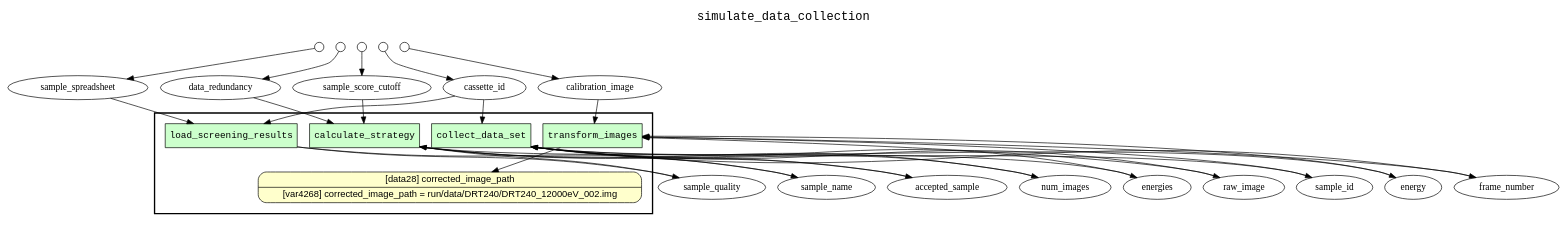
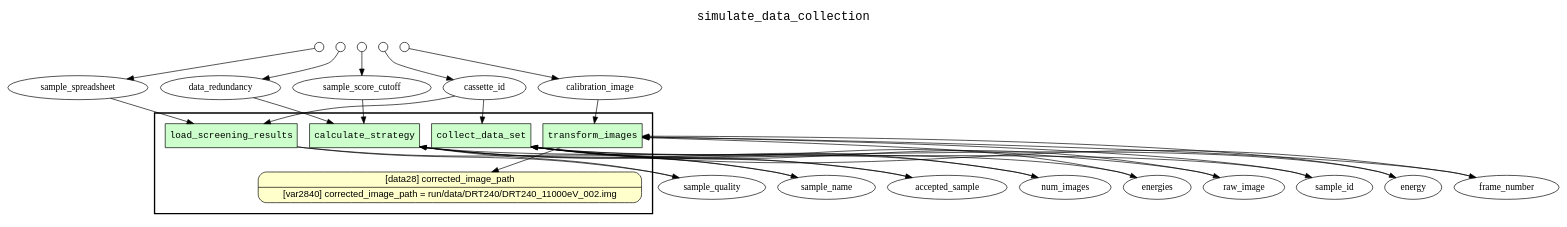
The diagram in examples/simulate_data_collection/yw_nw_retrospective_lineage.gv (yesworkflow-org/yw-noworkflow), drawn with Graphviz before and after one commit. The commit also changed 26 other files, not shown here.

Commit message:
Retrospective lineage graph now correct when variable dependencies are by assignment.

```diff
--- a/examples/simulate_data_collection/yw_nw_retrospective_lineage.gv
+++ b/examples/simulate_data_collection/yw_nw_retrospective_lineage.gv
@@ -1,60 +1,62 @@
 
 digraph yw_data_view {
 rankdir=TB
 fontname=Courier; fontsize=18; labelloc=t
 label="simulate_data_collection"
 subgraph cluster_workflow { label=""; color=black; penwidth=2
 subgraph cluster_workflow_inner { label=""; color=white
 node[shape=box style="filled" fillcolor="#CCFFCC" peripheries=1 fontname=Courier]
 load_screening_results
 calculate_strategy
 collect_data_set
 transform_images
 node[shape=box style="filled" fillcolor="#CCFFCC" peripheries=1 fontname=Courier]
 node[shape=box style="rounded,filled" fillcolor="#FFFFCC" peripheries=1 fontname=Helvetica]
-corrected_image_path [shape=record rankdir=LR label="{<f0> [data28] corrected_image_path |<f1> [var4268] corrected_image_path = run/data/DRT240/DRT240_12000eV_002.img}"]
+corrected_image_path [shape=record rankdir=LR label="{<f0> [data28] corrected_image_path |<f1> [var2842] corrected_image_path = run/data/DRT240/DRT240_11000eV_002.img}"]
+corrected_image_path [shape=record rankdir=LR label="{<f0> [data28] corrected_image_path |<f1> [var2840] corrected_image_path = run/data/DRT240/DRT240_11000eV_002.img}"]
+node[shape=box style="rounded,filled" fillcolor="#FFFFFF" peripheries=1 fontname=Helvetica]
 }}
 subgraph cluster_inflows { label=""; color=white; penwidth=2
 subgraph cluster_inflows_inner { label=""; color=white
 node[shape=circle fillcolor="#FFFFFF" peripheries=1 width=0.2]
 data_redundancy_inflow [label=""]
 sample_score_cutoff_inflow [label=""]
 cassette_id_inflow [label=""]
 calibration_image_inflow [label=""]
 sample_spreadsheet_inflow [label=""]
 }}
 subgraph cluster_outflows { label=""; color=white; penwidth=2
 subgraph cluster_outflows_inner { label=""; color=white
 node[shape=circle fillcolor="#FFFFFF" peripheries=1 width=0.2]
 }}
 cassette_id -> load_screening_results
 cassette_id -> collect_data_set
 sample_spreadsheet -> load_screening_results
 sample_name -> calculate_strategy
 sample_quality -> calculate_strategy
 sample_score_cutoff -> calculate_strategy
 data_redundancy -> calculate_strategy
 accepted_sample -> collect_data_set
 num_images -> collect_data_set
 energies -> collect_data_set
 sample_id -> transform_images
 energy -> transform_images
 frame_number -> transform_images
 raw_image -> transform_images
 calibration_image -> transform_images
 load_screening_results -> sample_name
 load_screening_results -> sample_quality
 calculate_strategy -> accepted_sample
 calculate_strategy -> num_images
 calculate_strategy -> energies
 collect_data_set -> sample_id
 collect_data_set -> energy
 collect_data_set -> frame_number
 collect_data_set -> raw_image
 transform_images -> corrected_image_path
 data_redundancy_inflow -> data_redundancy
 sample_score_cutoff_inflow -> sample_score_cutoff
 cassette_id_inflow -> cassette_id
 calibration_image_inflow -> calibration_image
 sample_spreadsheet_inflow -> sample_spreadsheet
 }
```
